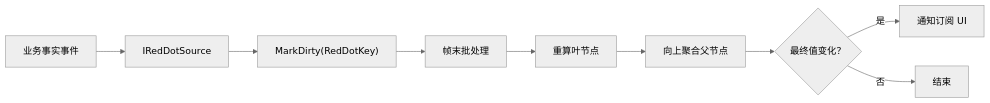
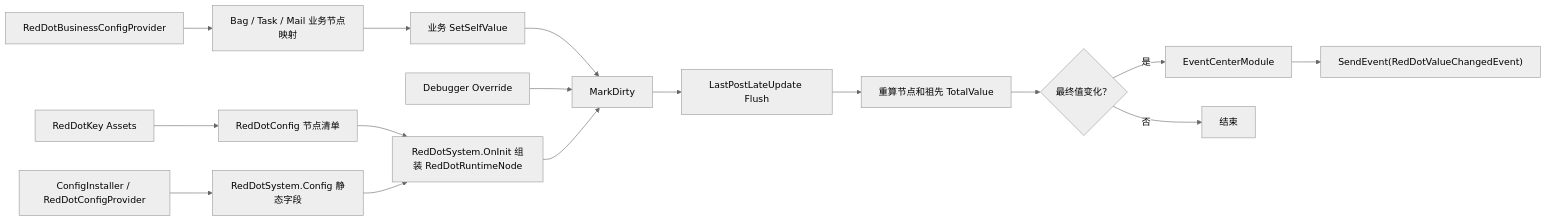
Before and after one commit to Whitesheeeep/3DRPG: the seventh of 9 diagrams in Assets/Scripts/TaskSystem/TaskRedDotSaveSystem_Architecture.md, drawn with Mermaid (neutral theme). The commit also changed other lines of this file and 227 other files, not shown here.

````diff
--- a/Assets/Scripts/TaskSystem/TaskRedDotSaveSystem_Architecture.md
+++ b/Assets/Scripts/TaskSystem/TaskRedDotSaveSystem_Architecture.md
@@ -286,11 +293,18 @@
 ```mermaid
 flowchart LR
-    BusinessEvent["业务事实事件"] --> Source["IRedDotSource"]
-    Source --> Dirty["MarkDirty(RedDotKey)"]
-    Dirty --> Batch["帧末批处理"]
-    Batch --> Leaf["重算叶节点"]
-    Leaf --> Parent["向上聚合父节点"]
-    Parent --> Changed{"最终值变化？"}
-    Changed -->|是| Notify["通知订阅 UI"]
+    Keys["RedDotKey Assets"] --> Config["RedDotConfig 节点清单"]
+    Provider["ConfigInstaller / RedDotConfigProvider"] --> Static["RedDotSystem.Config 静态字段"]
+    BusinessProvider["RedDotBusinessConfigProvider"] --> BusinessConfig["Bag / Task / Mail 业务节点映射"]
+    Config --> Init["RedDotSystem.OnInit 组装 RedDotRuntimeNode"]
+    Static --> Init
+    Business["业务 SetSelfValue"] --> Dirty["MarkDirty"]
+    BusinessConfig --> Business
+    Debug["Debugger Override"] --> Dirty
+    Init --> Dirty
+    Dirty --> Batch["LastPostLateUpdate Flush"]
+    Batch --> Total["重算节点和祖先 TotalValue"]
+    Total --> Changed{"最终值变化？"}
+    Changed -->|是| Directed["EventCenterModule<RedDotKey>"]
+    Directed --> Global["SendEvent(RedDotValueChangedEvent)"]
     Changed -->|否| End["结束"]
 ```
````
